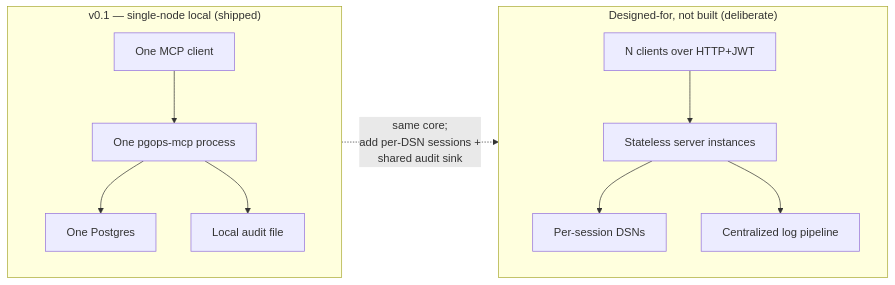
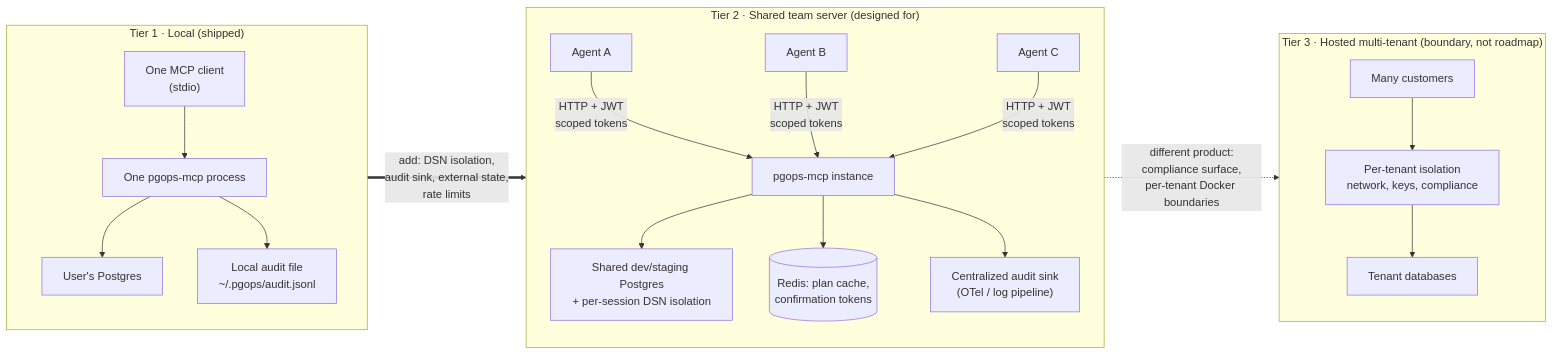
One commit to arzharch/pgops-mcp changed the fourth of 4 diagrams in docs/SYSTEM_DESIGN.md. Above: the diagram before and after it, drawn with Mermaid. The commit also changed other lines of this file and 3 other files, not shown here.

First line of the commit message:
docs: ADR-006 — three-tier scaling path with the local-first defense

````diff
--- a/docs/SYSTEM_DESIGN.md
+++ b/docs/SYSTEM_DESIGN.md
@@ -131,16 +131,24 @@
 ```mermaid
 flowchart LR
-    subgraph Now["v0.1 — single-node local (shipped)"]
+    subgraph T1["Tier 1 · Local (shipped)"]
         direction TB
-        C1["One MCP client"] --> S1["One pgops-mcp process"] --> D1["One Postgres"]
-        S1 --> A1["Local audit file"]
+        C1["One MCP client<br/>(stdio)"] --> S1["One pgops-mcp process"] --> D1["User's Postgres"]
+        S1 --> A1["Local audit file<br/>~/.pgops/audit.jsonl"]
     end
 
-    subgraph Possible["Designed-for, not built (deliberate)"]
+    subgraph T2["Tier 2 · Shared team server (designed for)"]
         direction TB
-        C2["N clients over HTTP+JWT"] --> S2["Stateless server instances"] --> D2["Per-session DSNs"]
-        S2 --> A2["Centralized log pipeline"]
+        C2a["Agent A"] & C2b["Agent B"] & C2c["Agent C"] -->|"HTTP + JWT<br/>scoped tokens"| S2["pgops-mcp instance"]
+        S2 --> D2["Shared dev/staging Postgres<br/>+ per-session DSN isolation"]
+        S2 --> R[("Redis: plan cache,<br/>confirmation tokens")]
+        S2 --> A2["Centralized audit sink<br/>(OTel / log pipeline)"]
     end
 
-    Now -.->|"same core;<br/>add per-DSN sessions +<br/>shared audit sink"| Possible
+    subgraph T3["Tier 3 · Hosted multi-tenant (boundary, not roadmap)"]
+        direction TB
+        C3["Many customers"] --> S3["Per-tenant isolation<br/>network, keys, compliance"] --> D3["Tenant databases"]
+    end
+
+    T1 ==>|"add: DSN isolation,<br/>audit sink, external state,<br/>rate limits"| T2
+    T2 -.->|"different product:<br/>compliance surface,<br/>per-tenant Docker boundaries"| T3
 ```
````
